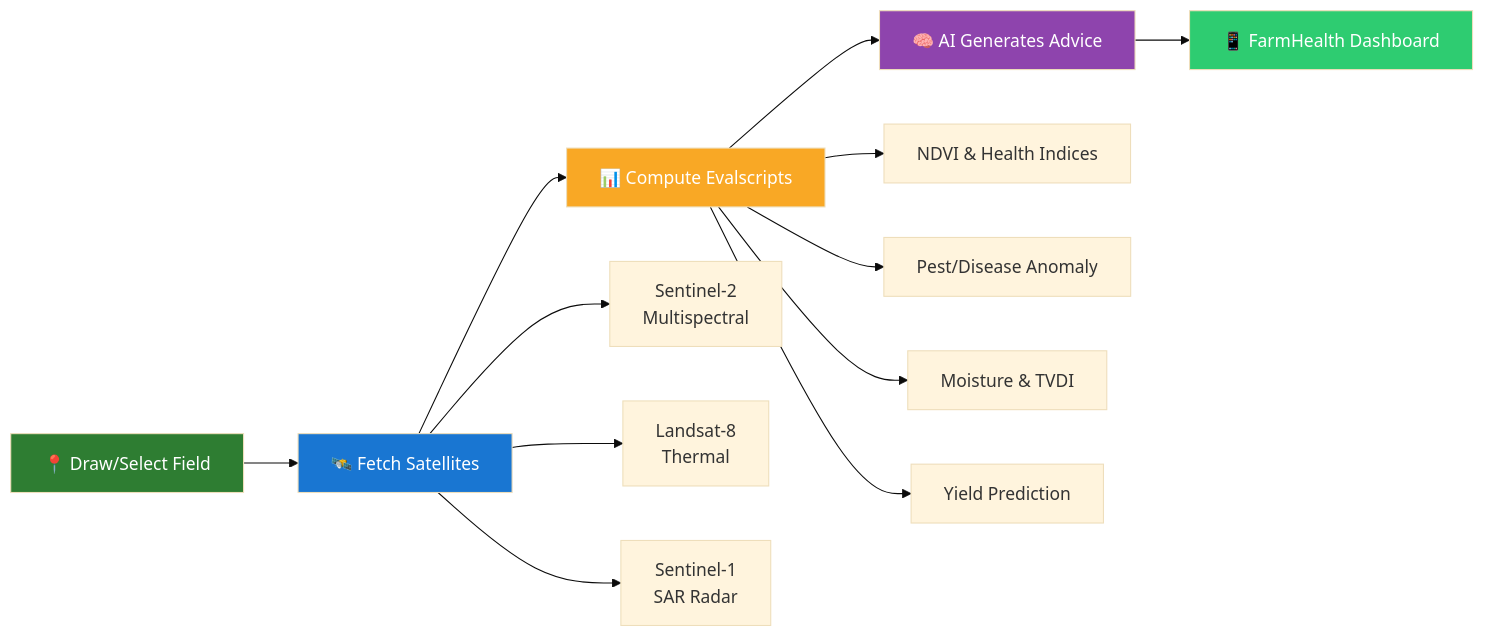
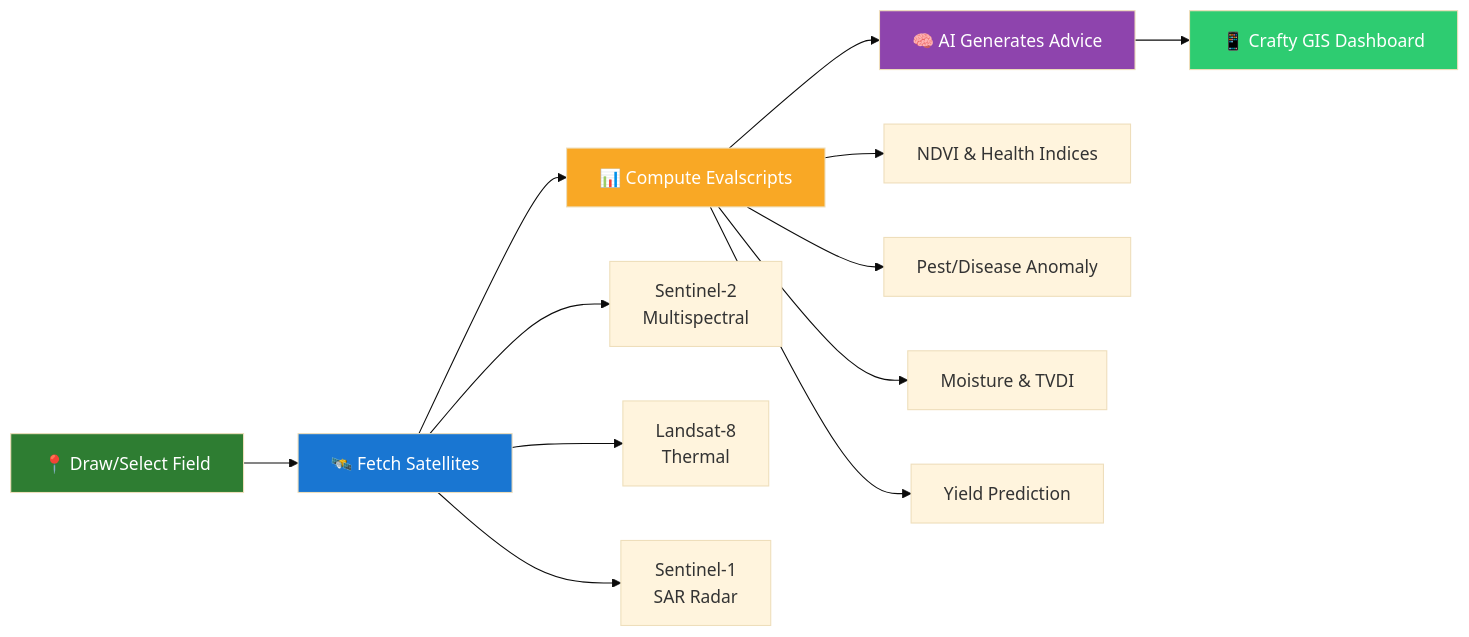
Before and after one commit to virahitvin8/crafty-gis: the diagram in readme.md, drawn with Mermaid (base theme). The commit also changed other lines of this file and 116 other files, not shown here.

Commit message:
feat: Crafty GIS rename + 5 research-derived features from 12 PDFs

````diff
--- a/readme.md
+++ b/readme.md
@@ -91,22 +91,22 @@
 ```mermaid
 graph LR
     A[📍 Draw/Select Field] --> B[🛰️ Fetch Satellites]
     B --> C[📊 Compute Evalscripts]
     C --> D[🧠 AI Generates Advice]
-    D --> E[📱 FarmHealth Dashboard]
+    D --> E[📱 Crafty GIS Dashboard]
     
     B --> F[Sentinel-2 <br/> Multispectral]
     B --> G[Landsat-8 <br/> Thermal]
     B --> H[Sentinel-1 <br/> SAR Radar]
     
     C --> I[NDVI & Health Indices]
     C --> J[Pest/Disease Anomaly]
     C --> K[Moisture & TVDI]
     C --> L[Yield Prediction]
     
     style A fill:#2E7D32,color:white
     style B fill:#1976D2,color:white
     style C fill:#F9A825,color:white
     style D fill:#8E44AD,color:white
     style E fill:#2ECC71,color:white
 ```
````
